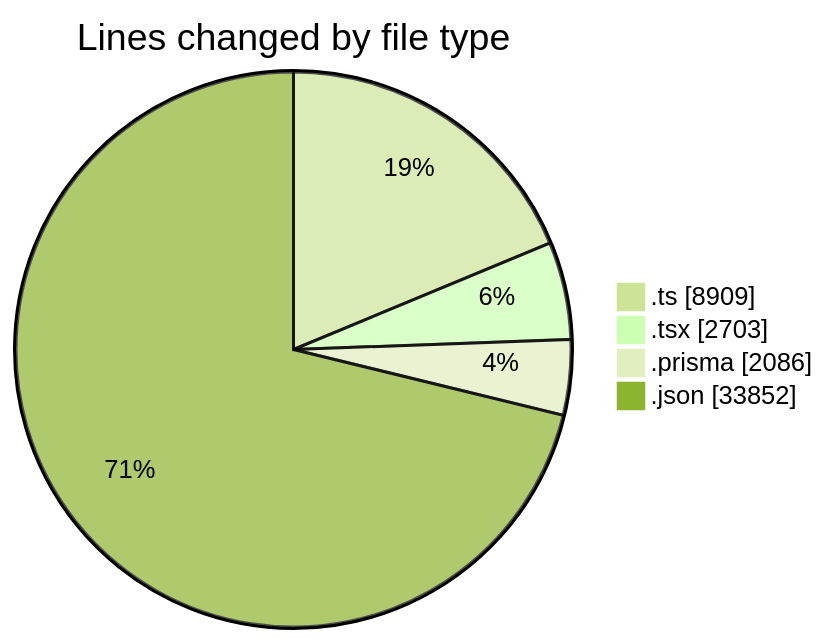
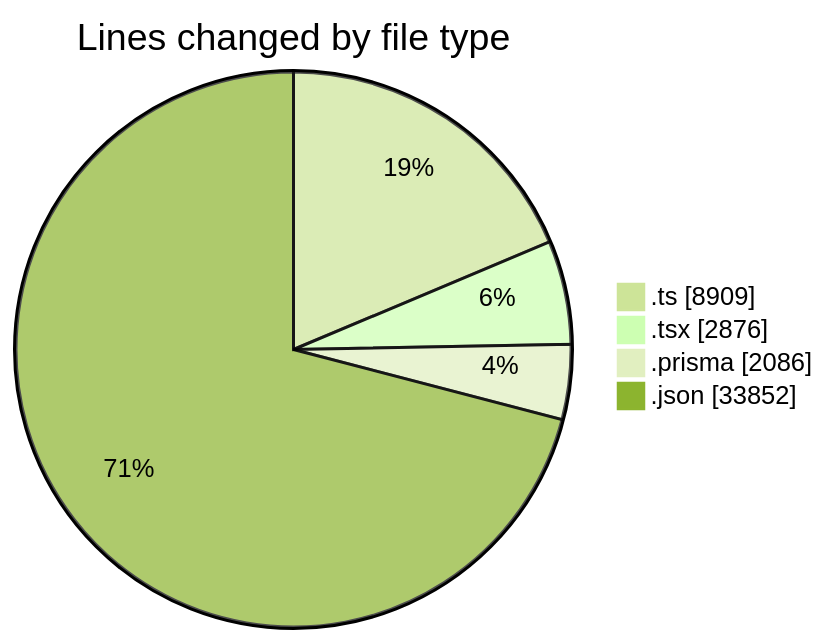
One commit to CELIANVF/code-tracking changed the first of 2 diagrams in 2025-05-19/ecodeli-1/README.md. Above: the diagram before and after it, drawn with Mermaid (forest theme). The commit also changed other lines of this file and 1 other file, not shown here.

````diff
--- a/2025-05-19/ecodeli-1/README.md
+++ b/2025-05-19/ecodeli-1/README.md
@@ -53,8 +54,8 @@
 ```mermaid
 pie showData
 title Lines changed by file type
 ".ts" : 8909
-".tsx" : 2703
+".tsx" : 2876
 ".prisma" : 2086
 ".json" : 33852
 ```
````
